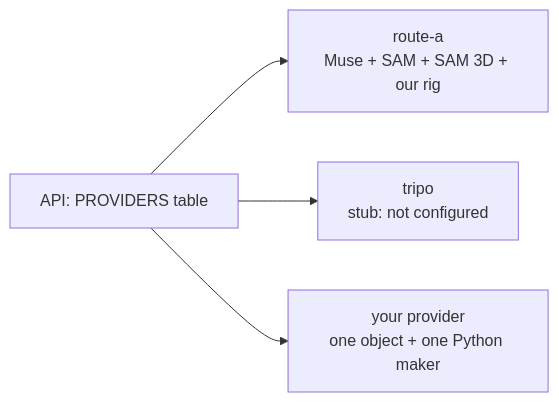
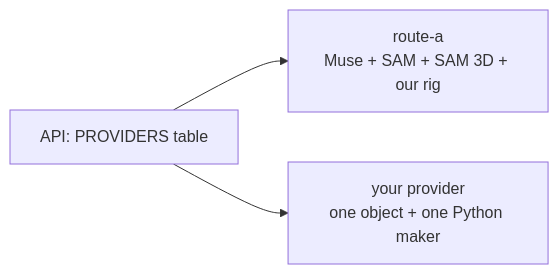
One commit to gitgithan/conquercourse changed the third of 4 diagrams in docs/character-pipeline.md. Above: the diagram before and after it, drawn with Mermaid. The commit also changed other lines of this file and 7 other files, not shown here.

First line of the commit message:
Remove the Tripo stub and key slot; README lists the non-Meta models and when each is used (Part of CC-132)

````diff
--- a/docs/character-pipeline.md
+++ b/docs/character-pipeline.md
@@ -66,6 +66,5 @@
 ```mermaid
 flowchart LR
   API["API: PROVIDERS table"] --> A["route-a<br/>Muse + SAM + SAM 3D + our rig"]
-  API --> T["tripo<br/>stub: not configured"]
   API --> N["your provider<br/>one object + one Python maker"]
 ```
````
